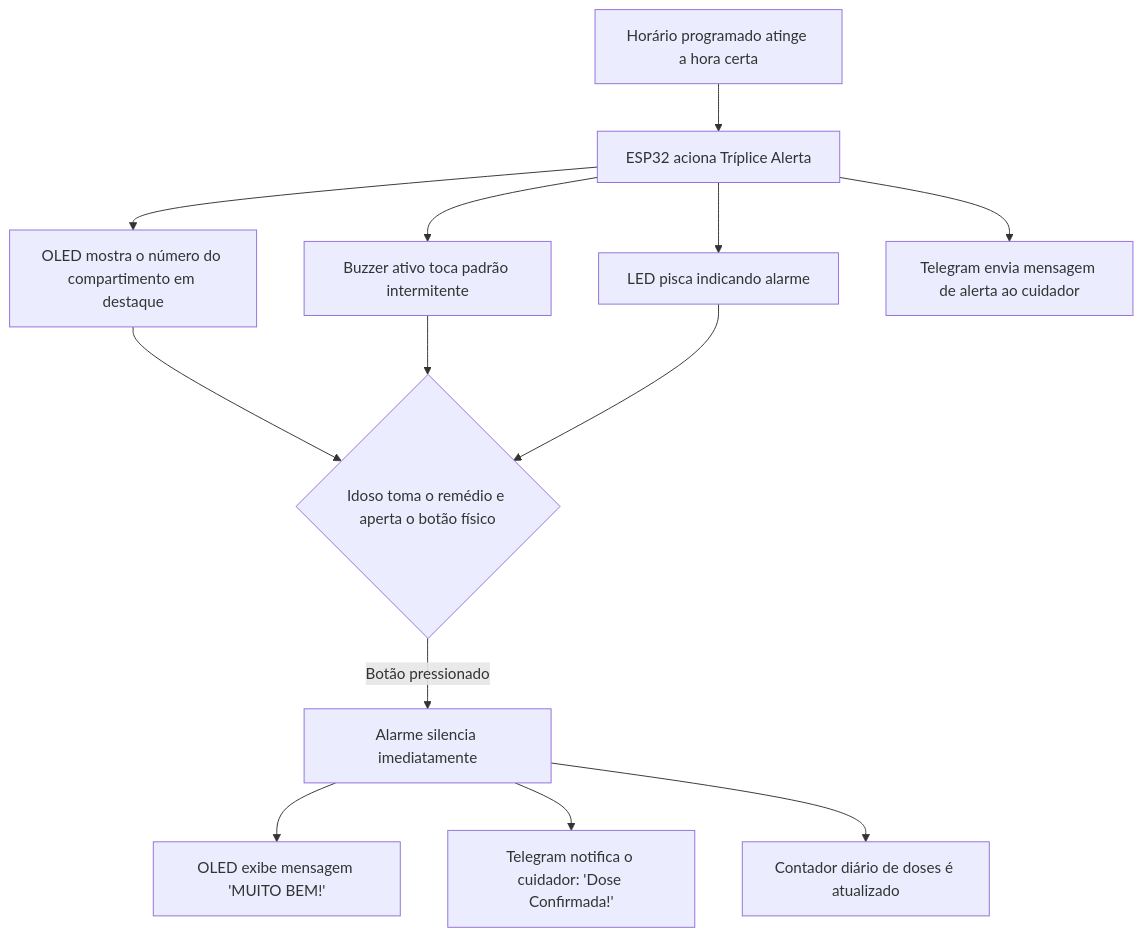
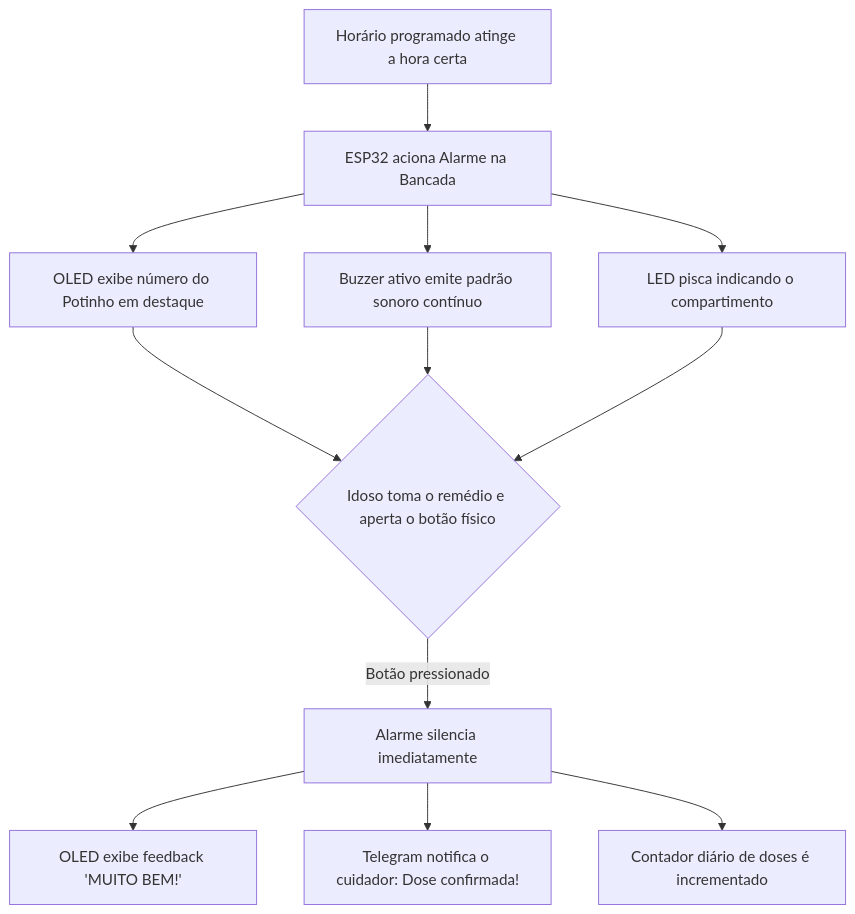
Before and after one commit to jumourarf/PillDispenser: the diagram in README.md, drawn with Mermaid. The commit also changed other lines of this file and 1 other file, not shown here.

````diff
--- a/README.md
+++ b/README.md
@@ -62,15 +62,14 @@
 ```mermaid
 flowchart TD
-    A[Horário programado atinge a hora certa] --> B[ESP32 aciona Tríplice Alerta]
-    B --> C[OLED mostra o número do compartimento em destaque]
-    B --> D[Buzzer ativo toca padrão intermitente]
-    B --> E[LED pisca indicando alarme]
-    B --> F[Telegram envia mensagem de alerta ao cuidador]
+    A[Horário programado atinge a hora certa] --> B[ESP32 aciona Alarme na Bancada]
+    B --> C[OLED exibe número do Potinho em destaque]
+    B --> D[Buzzer ativo emite padrão sonoro contínuo]
+    B --> E[LED pisca indicando o compartimento]
     
-    C & D & E --> G{Idoso toma o remédio e aperta o botão físico}
+    C & D & E --> F{Idoso toma o remédio e aperta o botão físico}
     
-    G -->|Botão pressionado| H[Alarme silencia imediatamente]
-    H --> I[OLED exibe mensagem 'MUITO BEM!']
-    H --> J[Telegram notifica o cuidador: 'Dose Confirmada!']
-    H --> K[Contador diário de doses é atualizado]
+    F -->|Botão pressionado| G[Alarme silencia imediatamente]
+    G --> H[OLED exibe feedback 'MUITO BEM!']
+    G --> I[Telegram notifica o cuidador: Dose confirmada!]
+    G --> J[Contador diário de doses é incrementado]
 ```
````
